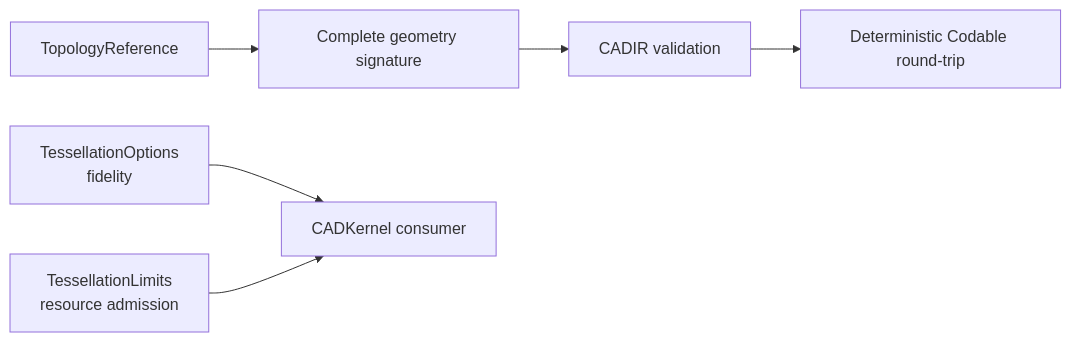
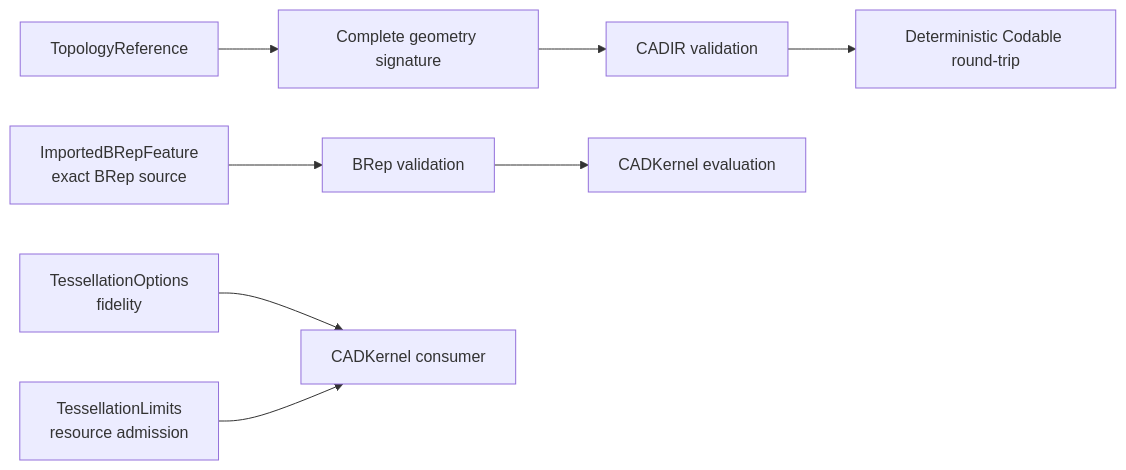
One commit to 1amageek/swift-CAD changed the diagram in Sources/CADIR/DESIGN.md. Above: the diagram before and after it, drawn with Mermaid. The commit also changed other lines of this file and 31 other files, not shown here.

````diff
--- a/Sources/CADIR/DESIGN.md
+++ b/Sources/CADIR/DESIGN.md
@@ -32,8 +35,10 @@
 ```mermaid
 flowchart LR
     Topology["TopologyReference"] --> Signature["Complete geometry signature"]
     Signature --> Validate["CADIR validation"]
     Validate --> Codable["Deterministic Codable round-trip"]
+    Imported["ImportedBRepFeature\nexact BRep source"] --> ValidateBRep["BRep validation"]
+    ValidateBRep --> KernelEvaluate["CADKernel evaluation"]
     Fidelity["TessellationOptions\nfidelity"] --> Kernel["CADKernel consumer"]
     Limits["TessellationLimits\nresource admission"] --> Kernel
 ```
````
